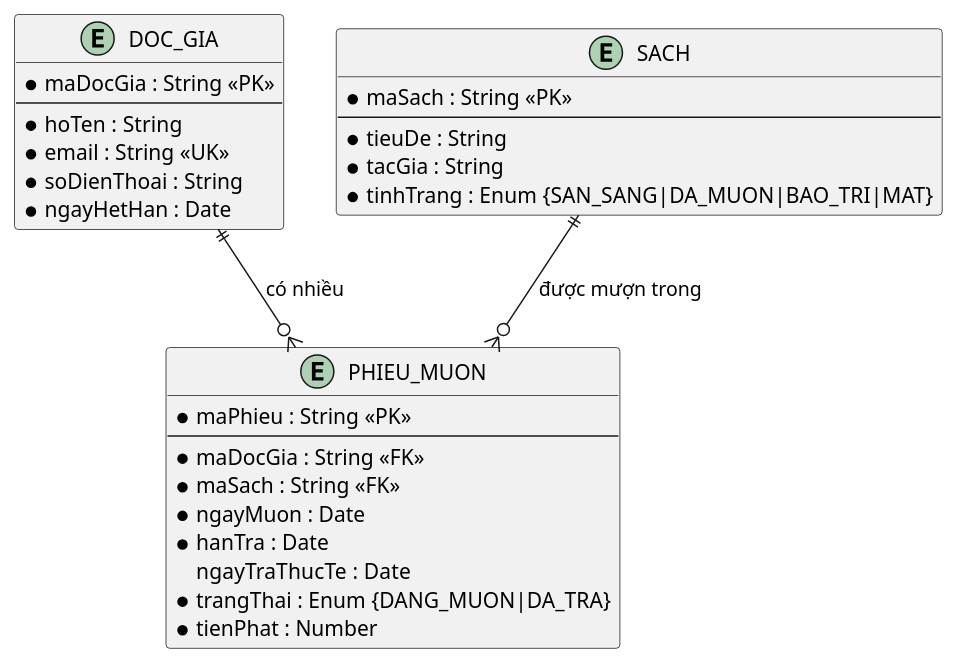
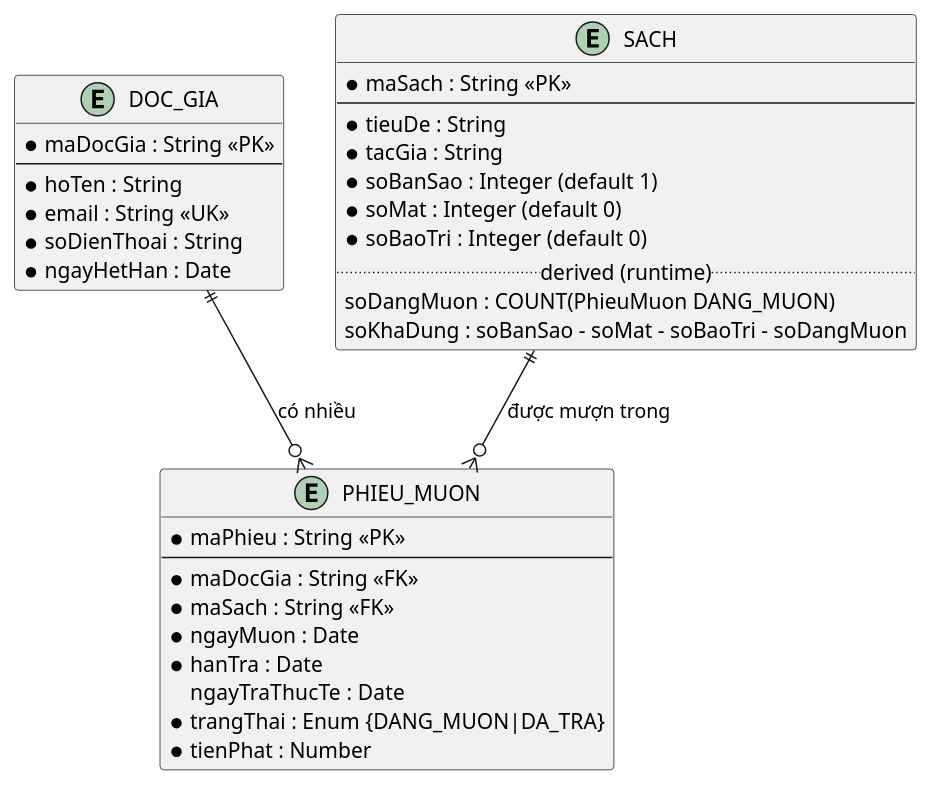
Before and after one commit to NPhamDoan/FULL_QLThuVien: diagram 15 of 15 in .kiro/document/BaoCao_3UC_PlantUML.md, drawn with PlantUML. The commit also changed other lines of this file and 37 other files, not shown here.

````diff
--- a/.kiro/document/BaoCao_3UC_PlantUML.md
+++ b/.kiro/document/BaoCao_3UC_PlantUML.md
@@ -456,35 +496,40 @@
 ```plantuml
 @startuml
 entity "DOC_GIA" as DG {
     * maDocGia : String <<PK>>
     --
     * hoTen : String
     * email : String <<UK>>
     * soDienThoai : String
     * ngayHetHan : Date
 }
 
 entity "SACH" as S {
     * maSach : String <<PK>>
     --
     * tieuDe : String
     * tacGia : String
-    * tinhTrang : Enum {SAN_SANG|DA_MUON|BAO_TRI|MAT}
+    * soBanSao : Integer (default 1)
+    * soMat : Integer (default 0)
+    * soBaoTri : Integer (default 0)
+    ..derived (runtime)..
+    soDangMuon : COUNT(PhieuMuon DANG_MUON)
+    soKhaDung : soBanSao - soMat - soBaoTri - soDangMuon
 }
 
 entity "PHIEU_MUON" as PM {
     * maPhieu : String <<PK>>
     --
     * maDocGia : String <<FK>>
     * maSach : String <<FK>>
     * ngayMuon : Date
     * hanTra : Date
     ngayTraThucTe : Date
     * trangThai : Enum {DANG_MUON|DA_TRA}
     * tienPhat : Number
 }
 
 DG ||--o{ PM : "có nhiều"
 S ||--o{ PM : "được mượn trong"
 @enduml
 ```
````
